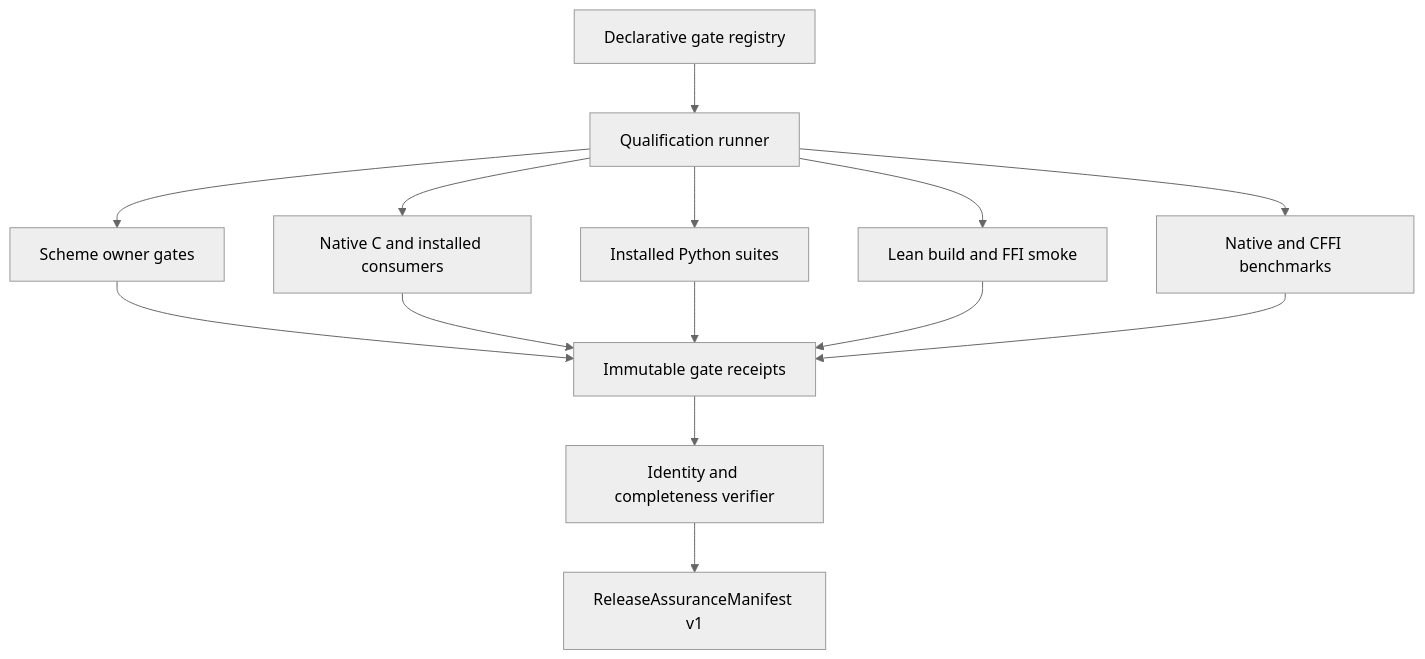
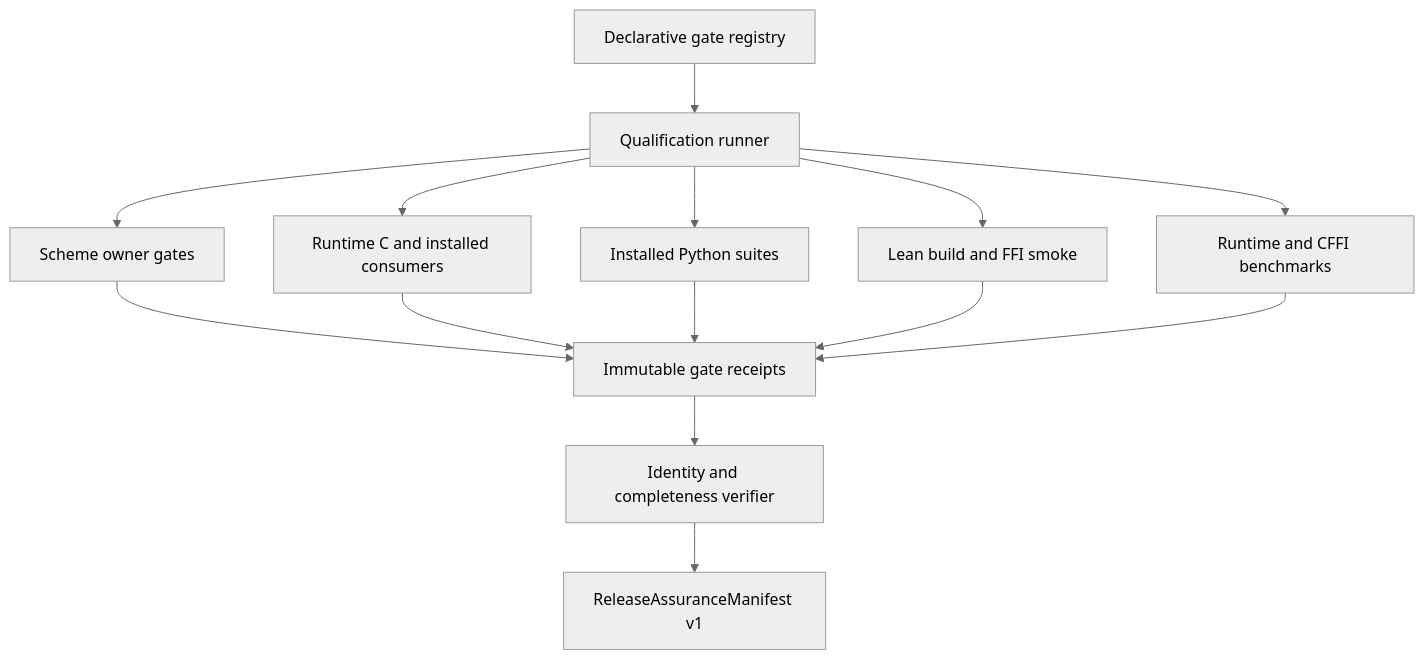
The second of 2 diagrams in module-system/design/130-agentic-control-plane-ac10-integrated-qualification-design.org (tao3k/gebril-yuanxu), drawn with Mermaid (neutral theme) before and after one commit. The commit also changed other lines of this file and 1469 other files, not shown here.

```diff
--- a/module-system/design/130-agentic-control-plane-ac10-integrated-qualification-design.org
+++ b/module-system/design/130-agentic-control-plane-ac10-integrated-qualification-design.org
@@ -116,16 +116,16 @@
 #+begin_src mermaid
 flowchart TD
     PLAN["Declarative gate registry"] --> RUNNER["Qualification runner"]
     RUNNER --> SCHEME["Scheme owner gates"]
-    RUNNER --> CTEST["Native C and installed consumers"]
+    RUNNER --> CTEST["Runtime C and installed consumers"]
     RUNNER --> PYTEST["Installed Python suites"]
     RUNNER --> LEANTEST["Lean build and FFI smoke"]
-    RUNNER --> PERF["Native and CFFI benchmarks"]
+    RUNNER --> PERF["Runtime and CFFI benchmarks"]
     SCHEME --> RECEIPTS["Immutable gate receipts"]
     CTEST --> RECEIPTS
     PYTEST --> RECEIPTS
     LEANTEST --> RECEIPTS
     PERF --> RECEIPTS
     RECEIPTS --> VERIFY["Identity and completeness verifier"]
     VERIFY --> RELEASE["ReleaseAssuranceManifest v1"]
 #+end_src
```
